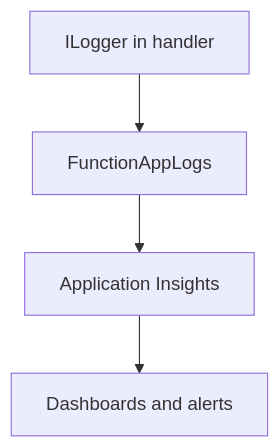
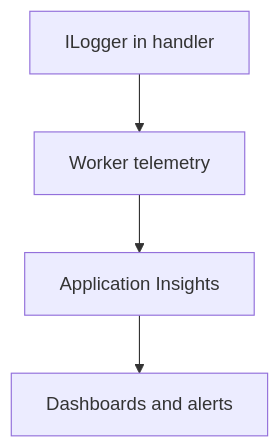
The diagram in docs/language-guides/dotnet/tutorial/flex-consumption/04-logging-monitoring.md (yeongseon/azure-functions-practical-guide), drawn with Mermaid before and after one commit. The commit also changed other lines of this file and 4 other files, not shown here.

First line of the commit message:
docs(diagrams): clarify .NET tutorial logging flows (#481)

````diff
--- a/docs/language-guides/dotnet/tutorial/flex-consumption/04-logging-monitoring.md
+++ b/docs/language-guides/dotnet/tutorial/flex-consumption/04-logging-monitoring.md
@@ -50,6 +51,8 @@
 ```mermaid
 flowchart TD
-    A["ILogger<T> in handler"] --> B[FunctionAppLogs]
+    accTitle: Flex Consumption .NET isolated logging overview
+    accDescr: With the worker telemetry registration and Application Insights connection configured in this tutorial, handler logs can be exported to Application Insights for dashboards and alerts. This is not a FunctionAppLogs forwarding pipeline or a guarantee that every log level is collected.
+    A["ILogger<T> in handler"] --> B[Worker telemetry]
     B --> C[Application Insights]
     C --> D[Dashboards and alerts]
 ```
````
